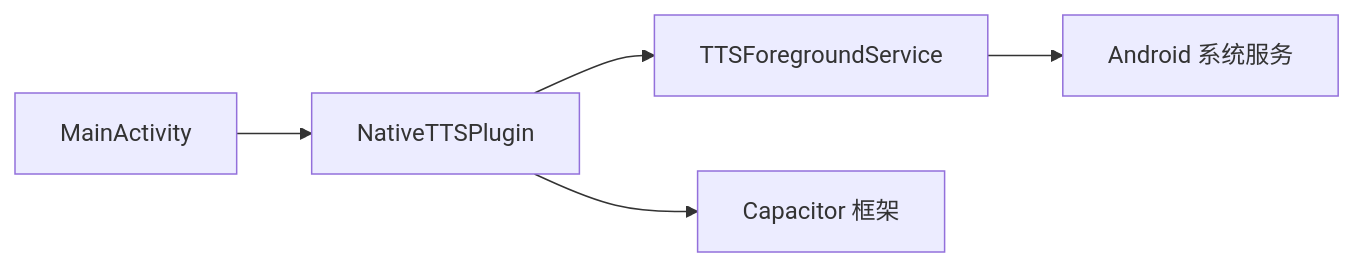
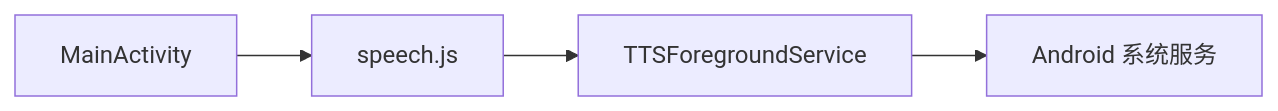
One commit to zhao-zg/cx changed the fifth of 5 diagrams in .qoder/repowiki/zh/content/移动应用开发/服务管理.md. Above: the diagram before and after it, drawn with Mermaid. The commit also changed other lines of this file and 30 other files, not shown here.

````diff
--- a/.qoder/repowiki/zh/content/移动应用开发/服务管理.md
+++ b/.qoder/repowiki/zh/content/移动应用开发/服务管理.md
@@ -439,7 +303,6 @@
 ```mermaid
 graph LR
-NTTS["NativeTTSPlugin"] --> SVC["TTSForegroundService"]
-MA["MainActivity"] --> NTTS
-SVC --> AND["Android 系统服务"]
-NTTS --> BR["Capacitor 框架"]
+SVC["TTSForegroundService"] --> AND["Android 系统服务"]
+SP["speech.js"] --> SVC
+MA["MainActivity"] --> SP
 ```
````
